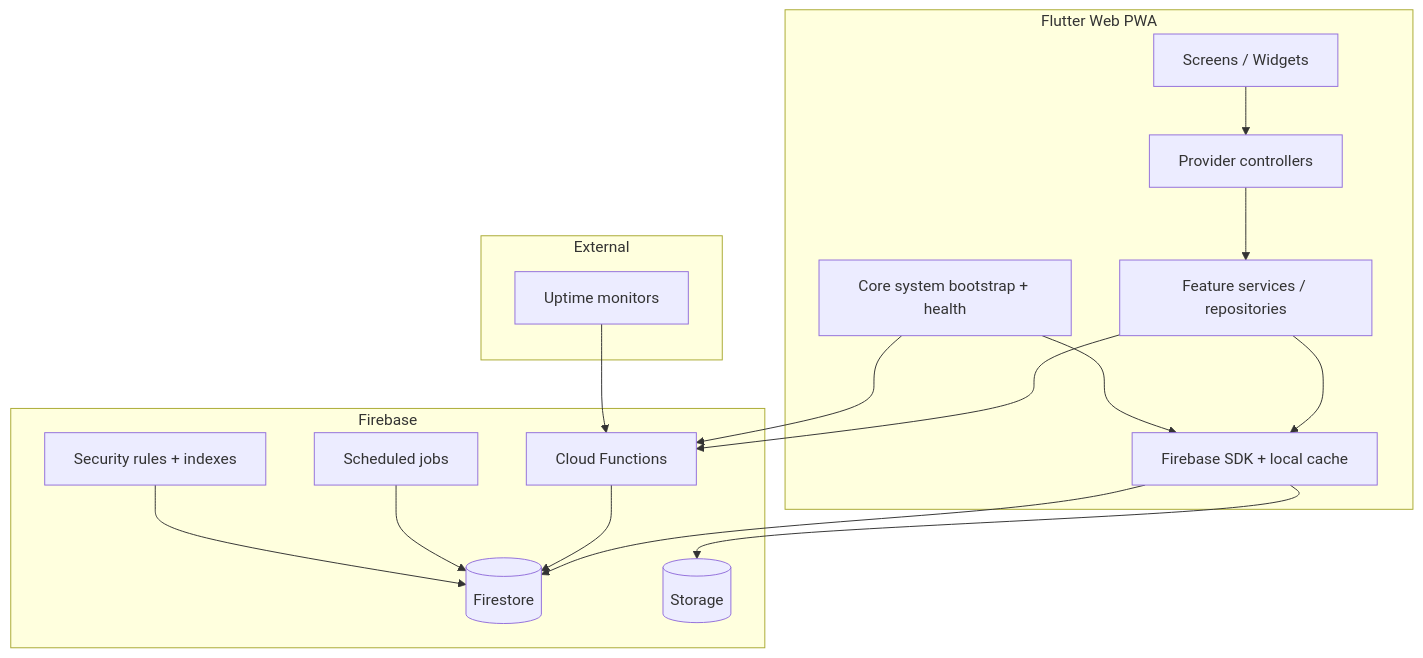
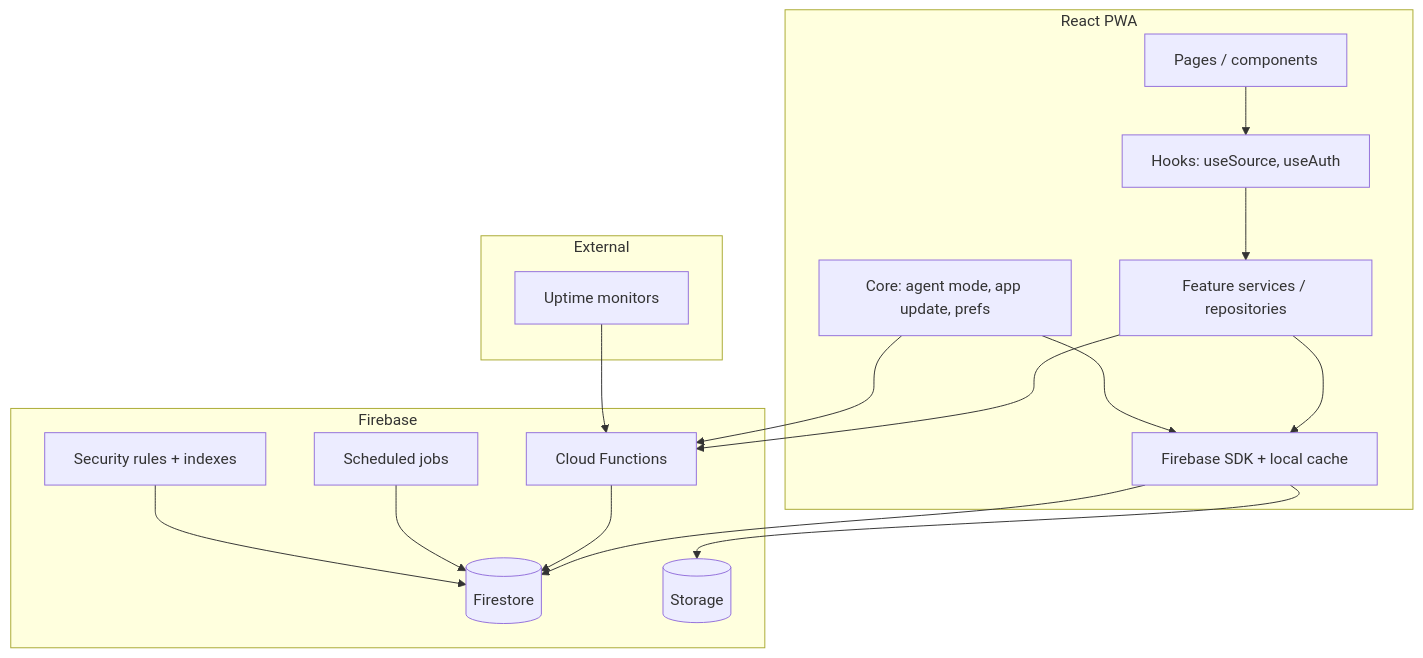
The second of 7 diagrams in docs/ARCHITECTURE.md (khentmoba/Everglow), drawn with Mermaid before and after one commit. The commit also changed other lines of this file and 7 other files, not shown here.

Commit message:
docs: bring AGENTS.md and living docs up to date with the React app

````diff
--- a/docs/ARCHITECTURE.md
+++ b/docs/ARCHITECTURE.md
@@ -80,35 +82,35 @@
 ```mermaid
 flowchart TB
-  subgraph Client[Flutter Web PWA]
-    UI[Screens / Widgets]
-    P[Provider controllers]
+  subgraph Client[React PWA]
+    UI[Pages / components]
+    P[Hooks: useSource, useAuth]
     R[Feature services / repositories]
-    CORE[Core system bootstrap + health]
+    CORE[Core: agent mode, app update, prefs]
     SDK[Firebase SDK + local cache]
   end
 
   subgraph Backend[Firebase]
     RULES[Security rules + indexes]
     FS[(Firestore)]
     ST[(Storage)]
     FX[Cloud Functions]
     SCH[Scheduled jobs]
   end
 
   subgraph Ops[External]
     UP[Uptime monitors]
   end
 
   UI --> P
   P --> R
   R --> SDK
   SDK --> FS
   SDK --> ST
   R --> FX
   CORE --> SDK
   CORE --> FX
   FX --> FS
   SCH --> FS
   UP --> FX
   RULES --> FS
 ```
````
